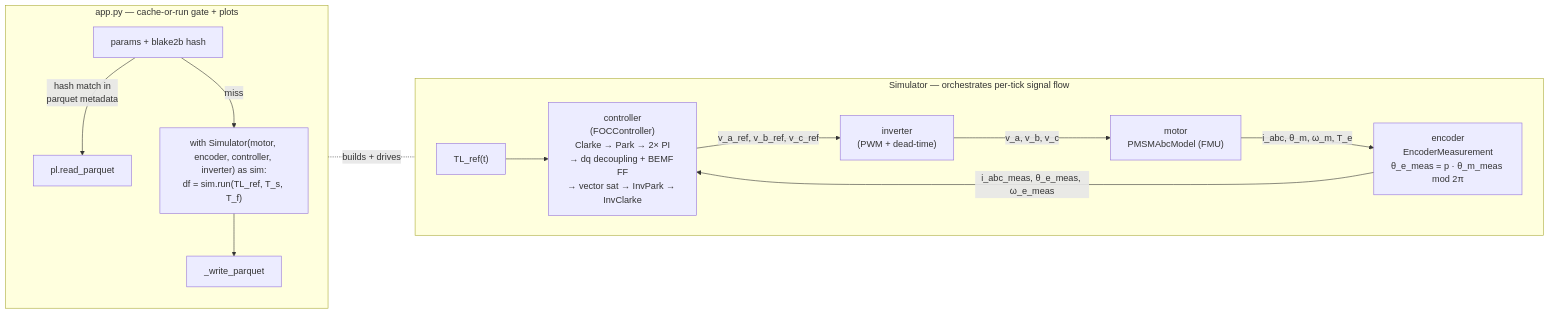
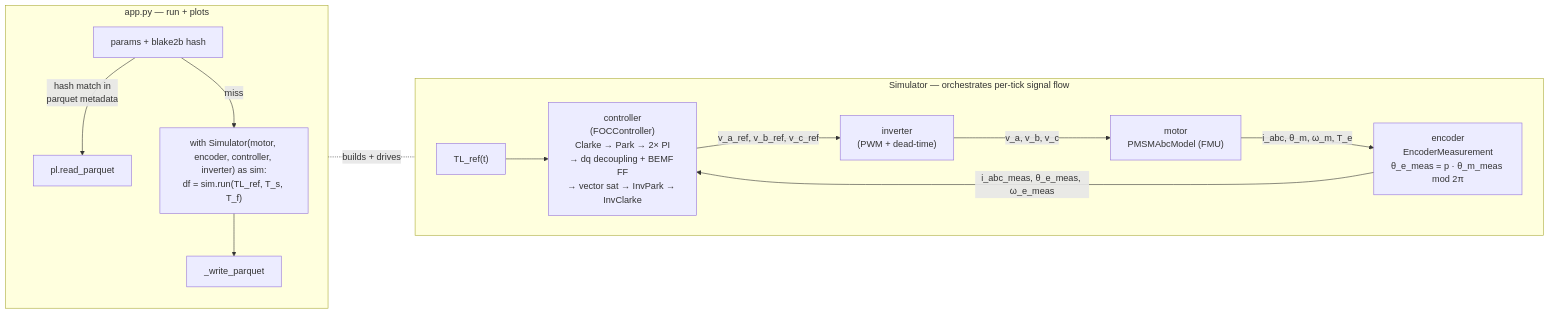
Before and after one commit to PhillipMaree/slimtorq-control: the first of 3 diagrams in README.md, drawn with Mermaid. The commit also changed other lines of this file and 4 other files, not shown here.

````diff
--- a/README.md
+++ b/README.md
@@ -16,25 +17,25 @@
 ```mermaid
 flowchart LR
-    subgraph App["app.py — cache-or-run gate + plots"]
+    subgraph App["app.py — run + plots"]
         direction TB
         A1["params + blake2b hash"]
         A1 -->|"hash match in<br/>parquet metadata"| A2["pl.read_parquet"]
         A1 -->|"miss"| BLOCK["with Simulator(motor, encoder, controller, inverter) as sim:<br/>df = sim.run(TL_ref, T_s, T_f)"]
         BLOCK --> A3["_write_parquet"]
     end
 
     subgraph Pipeline["Simulator — orchestrates per-tick signal flow"]
         direction LR
         TL["TL_ref(t)"] --> C
         C["controller<br/>(FOCController)<br/>Clarke → Park → 2× PI<br/>→ dq decoupling + BEMF FF<br/>→ vector sat → InvPark → InvClarke"]
         C -->|"v_a_ref, v_b_ref, v_c_ref"| I
         I["inverter<br/>(PWM + dead-time)"]
         I -->|"v_a, v_b, v_c"| M
         M["motor<br/>PMSMAbcModel (FMU)"]
         M -->|"i_abc, θ_m, ω_m, T_e"| E
         E["encoder<br/>EncoderMeasurement<br/>θ_e_meas = p · θ_m_meas mod 2π"]
         E -->|"i_abc_meas, θ_e_meas, ω_e_meas"| C
     end
 
     App -.-|"builds + drives"| Pipeline
 ```
````
